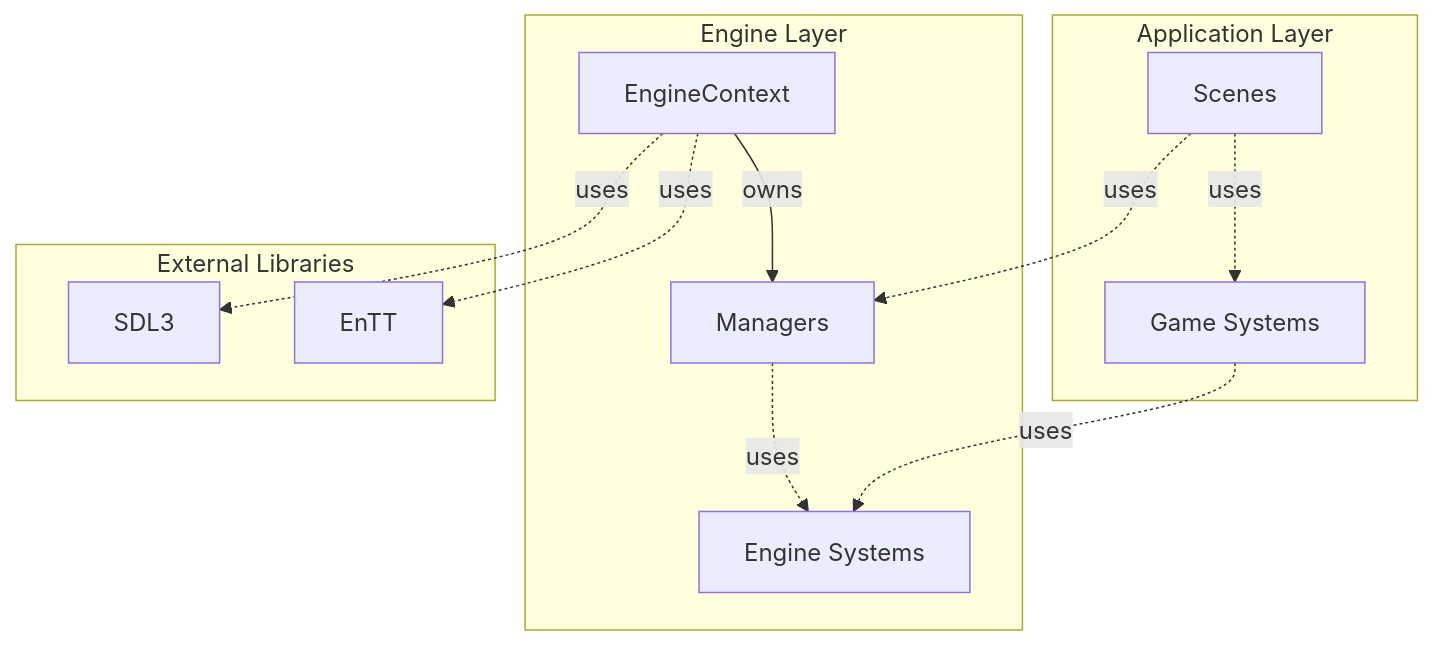
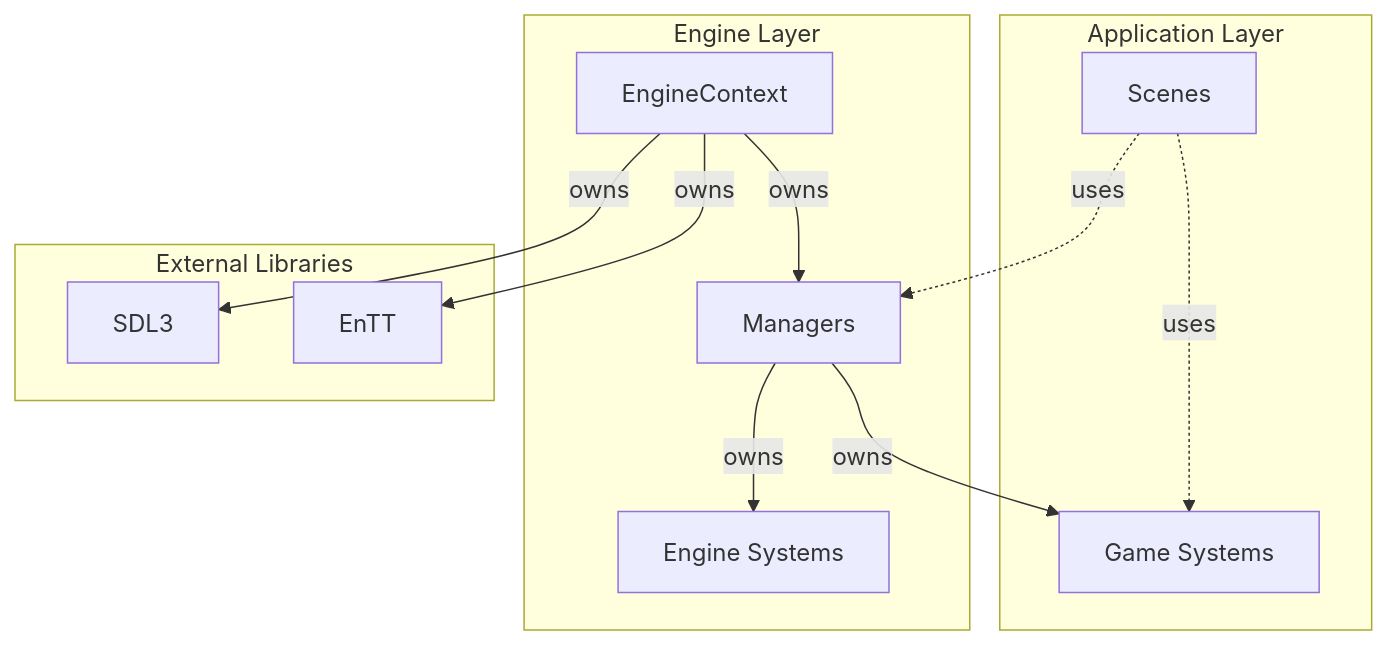
One commit to Siegward-of-Catarina/ShootingGame changed the first of 5 diagrams in docs/architecture.md. Above: the diagram before and after it, drawn with Mermaid.

Commit message:
Fix system overview diagram relationships per feedback

````diff
--- a/docs/architecture.md
+++ b/docs/architecture.md
@@ -16,28 +16,28 @@
 ```mermaid
 graph TB
     subgraph "Application Layer"
         Scenes[Scenes]
         AppSystems[Game Systems]
     end
     
     subgraph "Engine Layer"
         EC[EngineContext]
         Managers[Managers]
         EngineSystems[Engine Systems]
     end
     
     subgraph "External Libraries"
         SDL[SDL3]
         EnTT[EnTT]
     end
     
     Scenes -.uses.-> Managers
     Scenes -.uses.-> AppSystems
-    AppSystems -.uses.-> EngineSystems
     
     EC -->|owns| Managers
-    Managers -.uses.-> EngineSystems
+    EC -->|owns| SDL
+    EC -->|owns| EnTT
     
-    EC -.uses.-> SDL
-    EC -.uses.-> EnTT
+    Managers -->|owns| EngineSystems
+    Managers -->|owns| AppSystems
 ```
````
